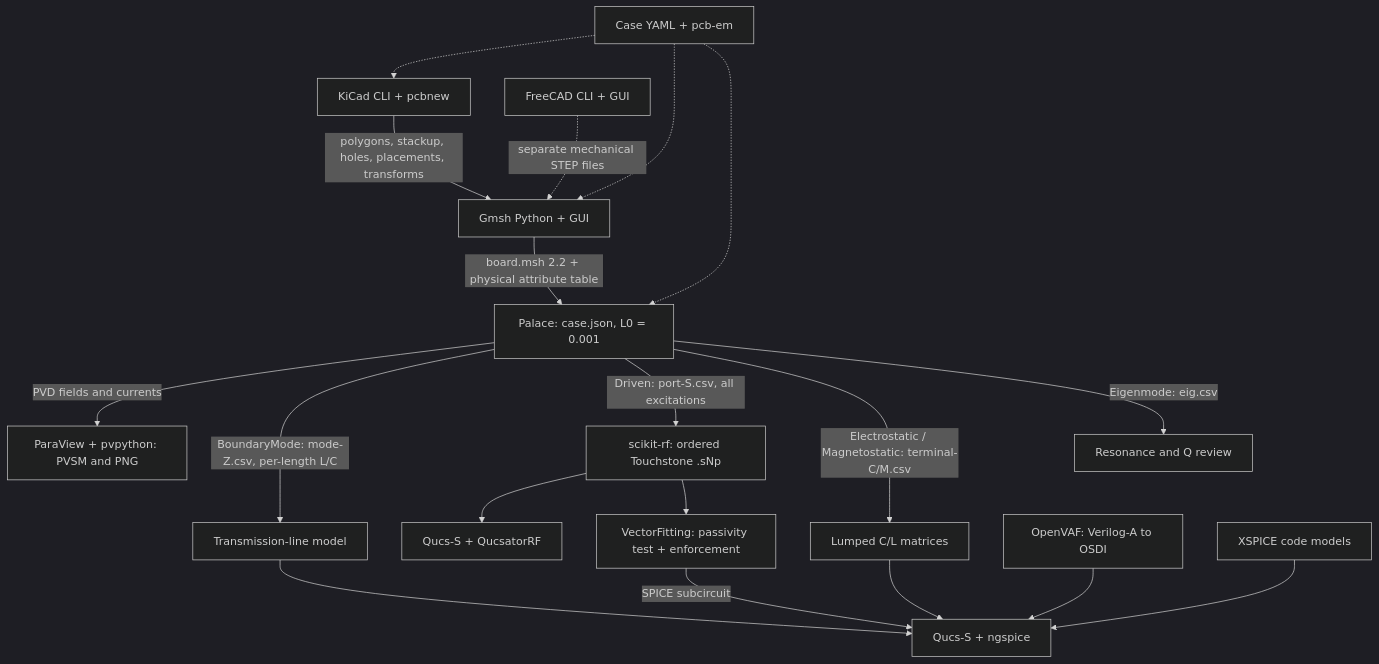
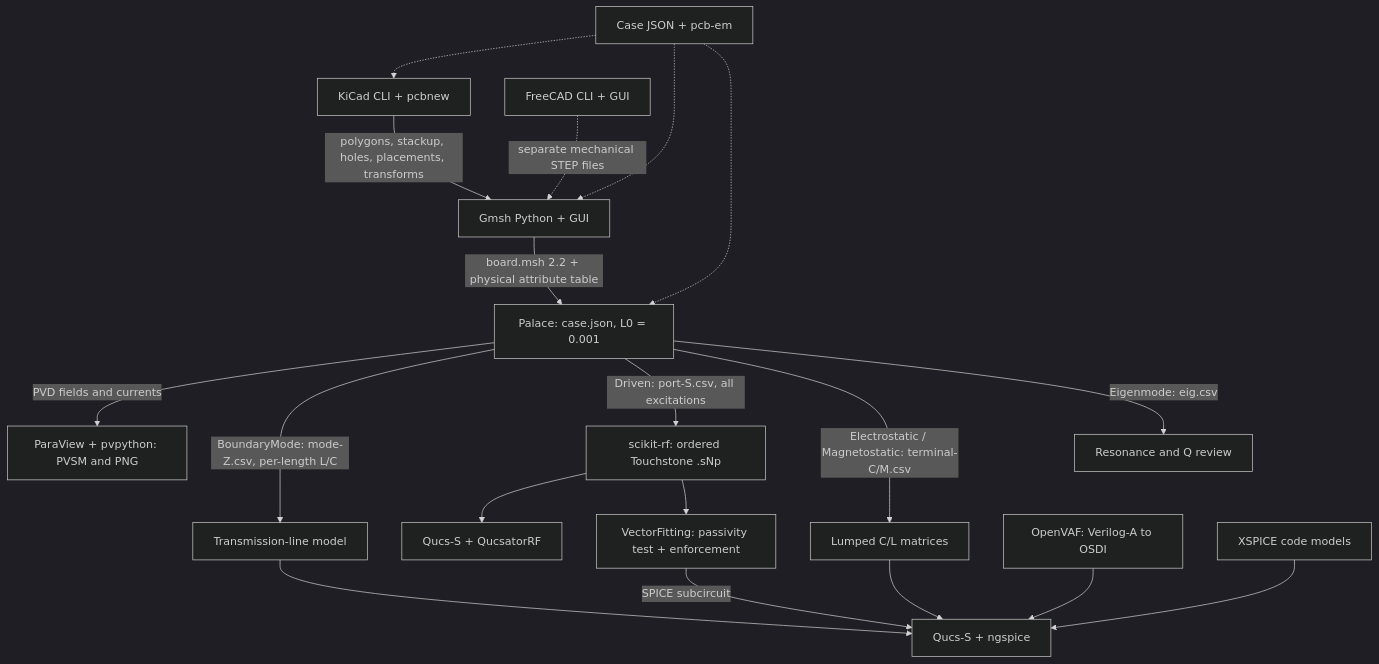
The diagram in README.md (gerhardmalberg88/pcb-em-lab), drawn with Mermaid (dark theme) before and after one commit. The commit also changed other lines of this file and 25 other files, not shown here.

Commit message:
chore: migrate toolchain configuration from YAML to JSON

````diff
--- a/README.md
+++ b/README.md
@@ -99,21 +102,21 @@
 ```mermaid
 flowchart TD
-  C[Case YAML + pcb-em] -.-> K[KiCad CLI + pcbnew]
+  C[Case JSON + pcb-em] -.-> K[KiCad CLI + pcbnew]
   C -.-> G[Gmsh Python + GUI]
   C -.-> P[Palace: case.json, L0 = 0.001]
   K -->|polygons, stackup, holes, placements, transforms| G
   F[FreeCAD CLI + GUI] -.->|separate mechanical STEP files| G
   G -->|board.msh 2.2 + physical attribute table| P
   P -->|PVD fields and currents| V[ParaView + pvpython: PVSM and PNG]
   P -->|BoundaryMode: mode-Z.csv, per-length L/C| TL[Transmission-line model]
   P -->|Driven: port-S.csv, all excitations| S[scikit-rf: ordered Touchstone .sNp]
   P -->|Electrostatic / Magnetostatic: terminal-C/M.csv| LC[Lumped C/L matrices]
   P -->|Eigenmode: eig.csv| E[Resonance and Q review]
   S --> RF[Qucs-S + QucsatorRF]
   S --> FIT[VectorFitting: passivity test + enforcement]
   FIT -->|SPICE subcircuit| N[Qucs-S + ngspice]
   TL --> N
   LC --> N
   VA[OpenVAF: Verilog-A to OSDI] --> N
   X[XSPICE code models] --> N
 ```
````
